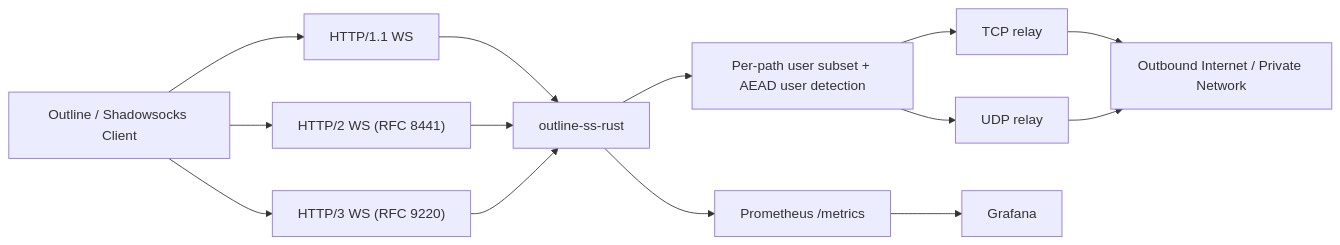
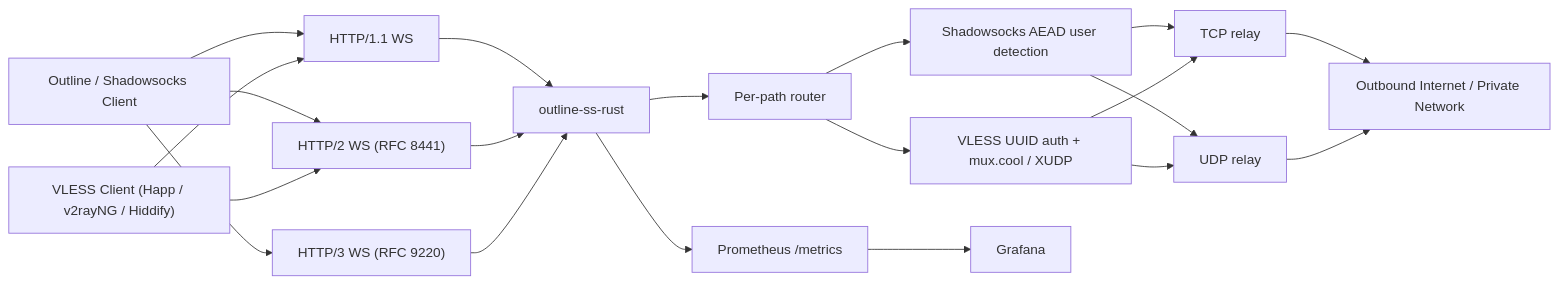
The diagram in ss/README.md (balookrd/outline-proxy), drawn with Mermaid before and after one commit. The commit also changed other lines of this file and 1 other file, not shown here.

Commit message:
docs: add logo and surface VLESS in README quick view
Embed the project logo in both READMEs, mention VLESS-over-WebSocket
support in the overview, and split the architecture diagram so the
Shadowsocks AEAD and VLESS UUID auth paths are both visible.

````diff
--- a/ss/README.md
+++ b/ss/README.md
@@ -63,20 +65,28 @@
 ```mermaid
 flowchart LR
-    C["Outline / Shadowsocks Client"] --> H1["HTTP/1.1 WS"]
-    C --> H2["HTTP/2 WS (RFC 8441)"]
-    C --> H3["HTTP/3 WS (RFC 9220)"]
+    SS["Outline / Shadowsocks Client"] --> H1["HTTP/1.1 WS"]
+    SS --> H2["HTTP/2 WS (RFC 8441)"]
+    SS --> H3["HTTP/3 WS (RFC 9220)"]
+
+    VL["VLESS Client (Happ / v2rayNG / Hiddify)"] --> H1
+    VL --> H2
 
     H1 --> S["outline-ss-rust"]
     H2 --> S
     H3 --> S
 
-    S --> AUTH["Per-path user subset + AEAD user detection"]
-    AUTH --> TCP["TCP relay"]
-    AUTH --> UDP["UDP relay"]
+    S --> ROUTER["Per-path router"]
+    ROUTER --> SSAUTH["Shadowsocks AEAD user detection"]
+    ROUTER --> VLAUTH["VLESS UUID auth + mux.cool / XUDP"]
+
+    SSAUTH --> TCP["TCP relay"]
+    SSAUTH --> UDP["UDP relay"]
+    VLAUTH --> TCP
+    VLAUTH --> UDP
 
     TCP --> NET["Outbound Internet / Private Network"]
     UDP --> NET
 
     S --> METRICS["Prometheus /metrics"]
     METRICS --> G["Grafana"]
 ```
````
